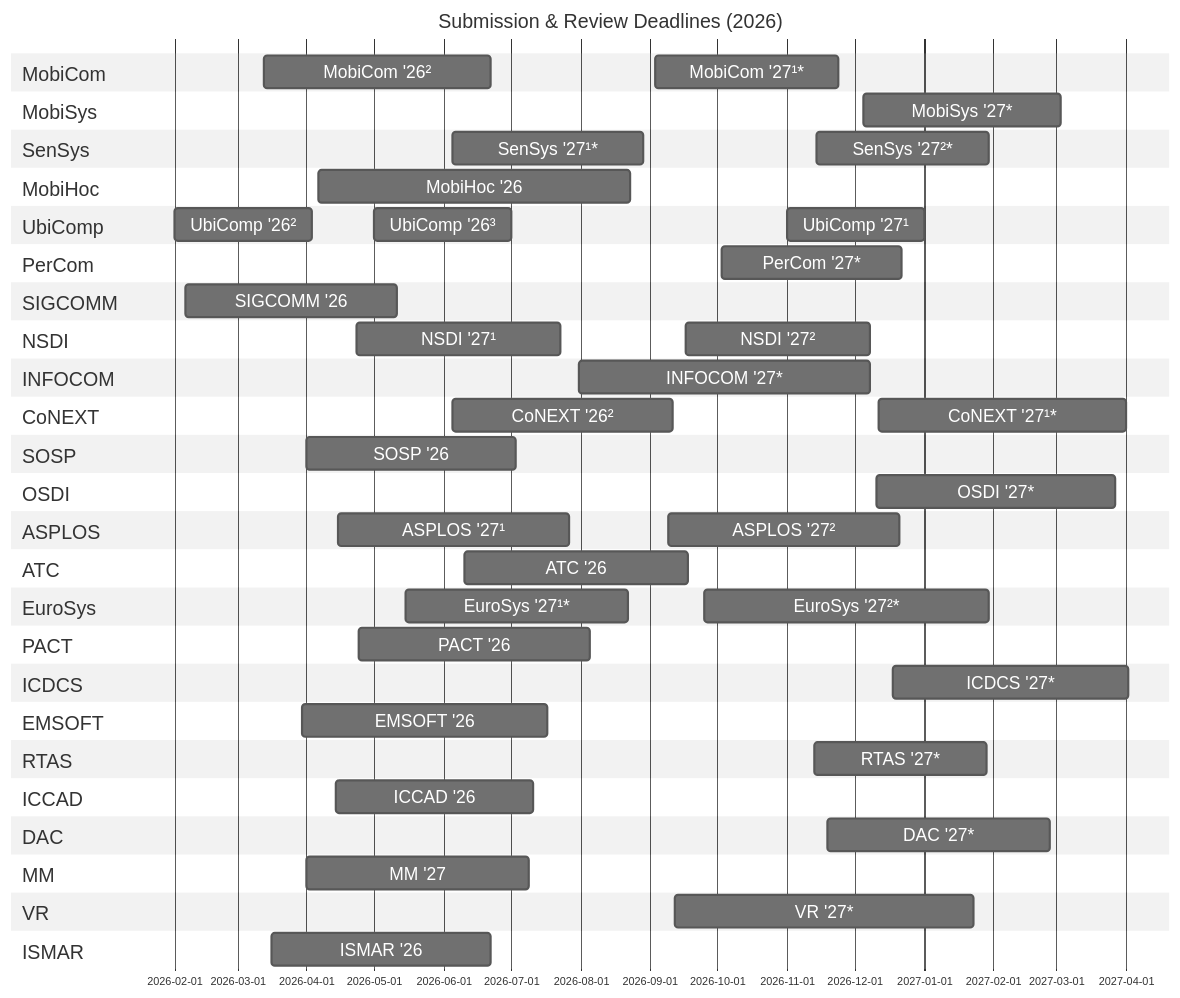
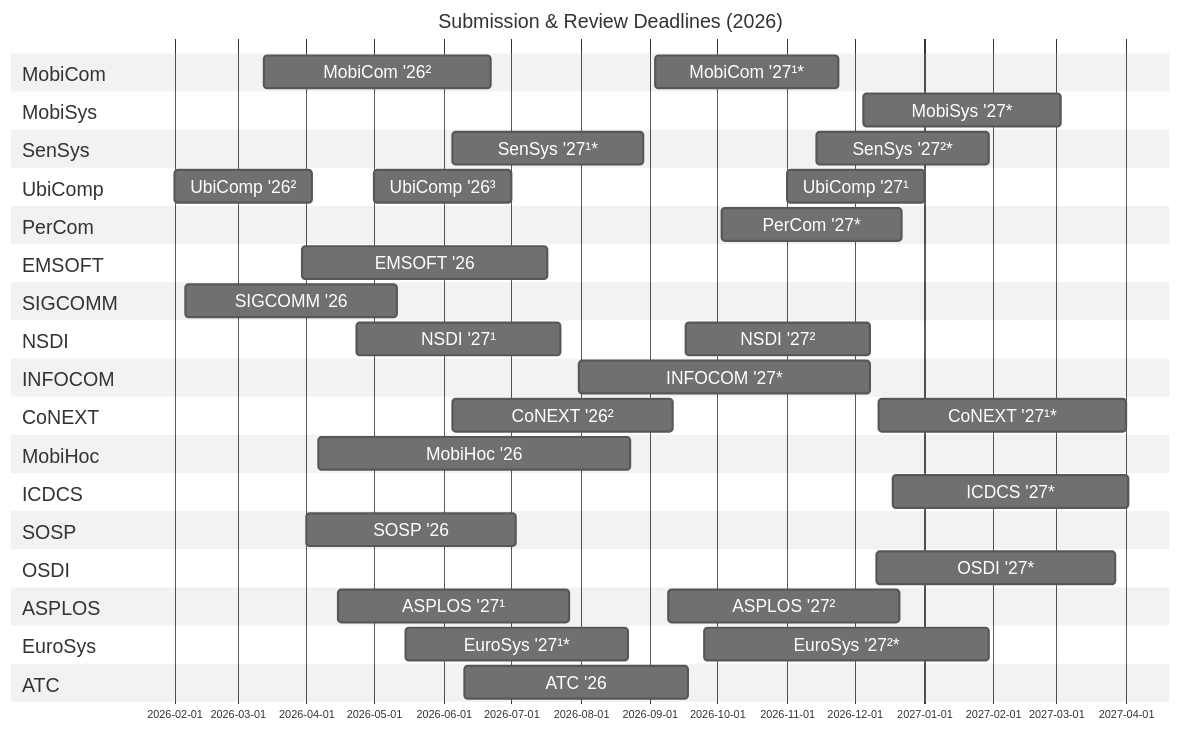
One commit to iamseonghoon/Mobile-Systems-Conference-Timelines changed the diagram in README.md. Above: the diagram before and after it, drawn with Mermaid. The commit also changed other lines of this file, not shown here.

Commit message:
Revise conference deadlines and update sections
Updated submission and peer-review timelines for major conferences in mobile and related systems. Added EMSOFT and ICDCS deadlines while removing some outdated entries.

````diff
--- a/README.md
+++ b/README.md
@@ -22,7 +22,7 @@
     title Submission & Review Deadlines (2026)
 
     %% --------------------------
-    %% Mobile
+    %% Mobile & Embedded
     %% --------------------------
     section MobiCom
     MobiCom '26² :mobicom26-review2, 2026-03-13, 101d
@@ -35,9 +35,6 @@
     SenSys '27¹* :sensys27-review1, 2026-06-05, 85d
     SenSys '27²* :sensys27-review2, 2026-11-14, 77d
 
-    section MobiHoc
-    MobiHoc '26 :mobihoc26-review, 2026-04-06, 139d
-
     section UbiComp
     UbiComp '26² :ubicomp26-review3, 2026-02-01, 61d
     UbiComp '26³ :ubicomp26-review2, 2026-05-01, 61d
@@ -46,8 +43,11 @@
     section PerCom
     PerCom '27* :percom27-review, 2026-10-03, 80d
 
+    section EMSOFT
+    EMSOFT '26 :emsoft26-review, 2026-03-30, 109d
+
     %% --------------------------
-    %% Network
+    %% Networking / Distributed Systems
     %% --------------------------
     section SIGCOMM
     SIGCOMM '26 :sigcomm26-review, 2026-02-06, 94d
@@ -62,10 +62,15 @@
     section CoNEXT
     CoNEXT '26² :conext26-review2, 2026-06-05, 98d
     CoNEXT '27¹* :conext27-review1, 2026-12-12, 110d
-    
+
+    section MobiHoc
+    MobiHoc '26 :mobihoc26-review, 2026-04-06, 139d
+
+    section ICDCS
+    ICDCS '27* :icdcs27-review, 2026-12-18, 105d
 
     %% --------------------------
-    %% OS, CA
+    %% Operating Systems
     %% --------------------------
     section SOSP
     SOSP '26 :sosp26-review, 2026-04-01, 93d
@@ -77,43 +82,10 @@
     ASPLOS '27¹ :asplos27-review1, 2026-04-15, 103d
     ASPLOS '27² :asplos27-review2, 2026-09-09, 103d
 
-    section ATC
-    ATC '26 :atc26-review, 2026-06-10, 100d
-
     section EuroSys
     EuroSys '27¹* :eurosys27-review1, 2026-05-15, 99d
     EuroSys '27²* :eurosys27-review2, 2026-09-25, 127d
 
-    section PACT
-    PACT '26 :pact26-review, 2026-04-24, 103d
-
-    section ICDCS
-    ICDCS '27* :icdcs27-review, 2026-12-18, 105d
-
-    %% --------------------------
-    %% Embedded / EDA
-    %% --------------------------
-    section EMSOFT
-    EMSOFT '26 :emsoft26-review, 2026-03-30, 109d
-
-    section RTAS
-    RTAS '27* :rtas27-review, 2026-11-13, 77d
-
-    section ICCAD
-    ICCAD '26 :iccad26-review, 2026-04-14, 88d
-
-    section DAC
-    DAC '27* :dac27-review, 2026-11-19, 99d
-
-    %% --------------------------
-    %% Multimedia
-    %% --------------------------
-    section MM
-    MM '27 :mm27-review, 2026-04-01, 99d
-
-    section VR
-    VR '27* :vr27-review, 2026-09-12, 133d
-
-    section ISMAR
-    ISMAR '26 :ismar26-review, 2026-03-16, 98d
+    section ATC
+    ATC '26 :atc26-review, 2026-06-10, 100d
 ```
````
